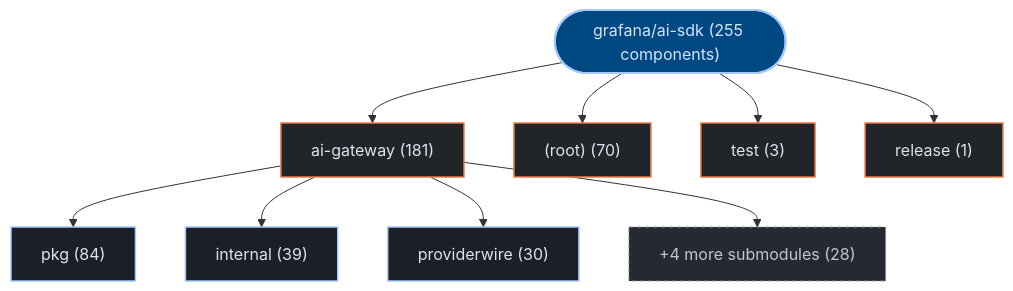
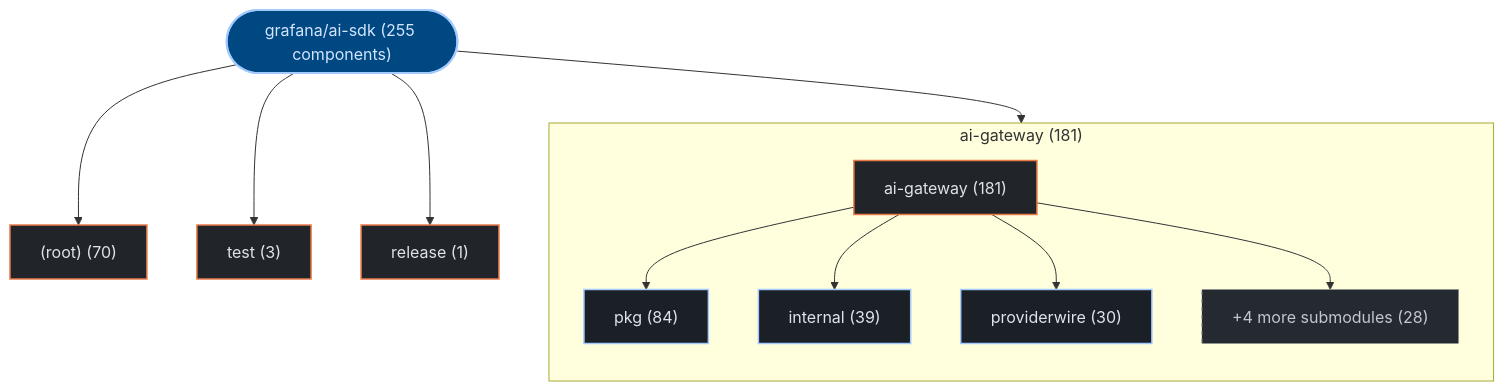
Before and after one commit to kumarshaz/atruss-code-atlas: the first of 3 diagrams in exports/latest/reports/grafana-ai-sdk-report.md, drawn with Mermaid. The commit also changed 178 other files, not shown here.

Commit message:
feat(ui,mermaid): upgrade to mermaid v12 + ELK layout, add orgs-summary + pagination, subgraph building blocks, fix tab alignment

````diff
--- a/exports/latest/reports/grafana-ai-sdk-report.md
+++ b/exports/latest/reports/grafana-ai-sdk-report.md
@@ -42,27 +42,30 @@
 ```mermaid
 graph TD;
   classDef atlasRoot fill:#004882,stroke:#a3c9ff,stroke-width:2px,color:#d3e4ff
   classDef atlasCategory fill:#212428,stroke:#E87A48,stroke-width:1.5px,color:#dfe3eb
   classDef atlasWorkflow fill:#1b2026,stroke:#a3c9ff,stroke-width:1.5px,color:#dfe3eb
   classDef atlasJob fill:#171c22,stroke:#8d9199,stroke-width:1px,color:#dfe3eb
   classDef atlasTarget fill:#005227,stroke:#8bd99b,stroke-width:1.5px,color:#a7f6b6
   classDef atlasAlert fill:#93000a,stroke:#ffb4ab,stroke-width:1.5px,color:#ffdad6
   classDef atlasMore fill:#252a31,stroke:#8d9199,stroke-dasharray:4 4,color:#c3c6cf
     repo_root(["grafana/ai-sdk (255 components)"]):::atlasRoot
-    dir_0_ai_gateway["ai-gateway (181)"]:::atlasCategory
+    subgraph sg_dir_0_ai_gateway["ai-gateway (181)"]
+      direction TB
+      dir_0_ai_gateway["ai-gateway (181)"]:::atlasCategory
+      sub_0_0_pkg["pkg (84)"]:::atlasWorkflow
+      dir_0_ai_gateway --> sub_0_0_pkg
+      sub_0_1_internal["internal (39)"]:::atlasWorkflow
+      dir_0_ai_gateway --> sub_0_1_internal
+      sub_0_2_providerwire["providerwire (30)"]:::atlasWorkflow
+      dir_0_ai_gateway --> sub_0_2_providerwire
+      sub_0_more["+4 more submodules (28)"]:::atlasMore
+      dir_0_ai_gateway --> sub_0_more
+    end
     repo_root --> dir_0_ai_gateway
-    sub_0_0_pkg["pkg (84)"]:::atlasWorkflow
-    dir_0_ai_gateway --> sub_0_0_pkg
-    sub_0_1_internal["internal (39)"]:::atlasWorkflow
-    dir_0_ai_gateway --> sub_0_1_internal
-    sub_0_2_providerwire["providerwire (30)"]:::atlasWorkflow
-    dir_0_ai_gateway --> sub_0_2_providerwire
-    sub_0_more["+4 more submodules (28)"]:::atlasMore
-    dir_0_ai_gateway --> sub_0_more
     dir_1__root_["(root) (70)"]:::atlasCategory
     repo_root --> dir_1__root_
     dir_2_test["test (3)"]:::atlasCategory
     repo_root --> dir_2_test
     dir_3_release["release (1)"]:::atlasCategory
     repo_root --> dir_3_release
 ```
````
